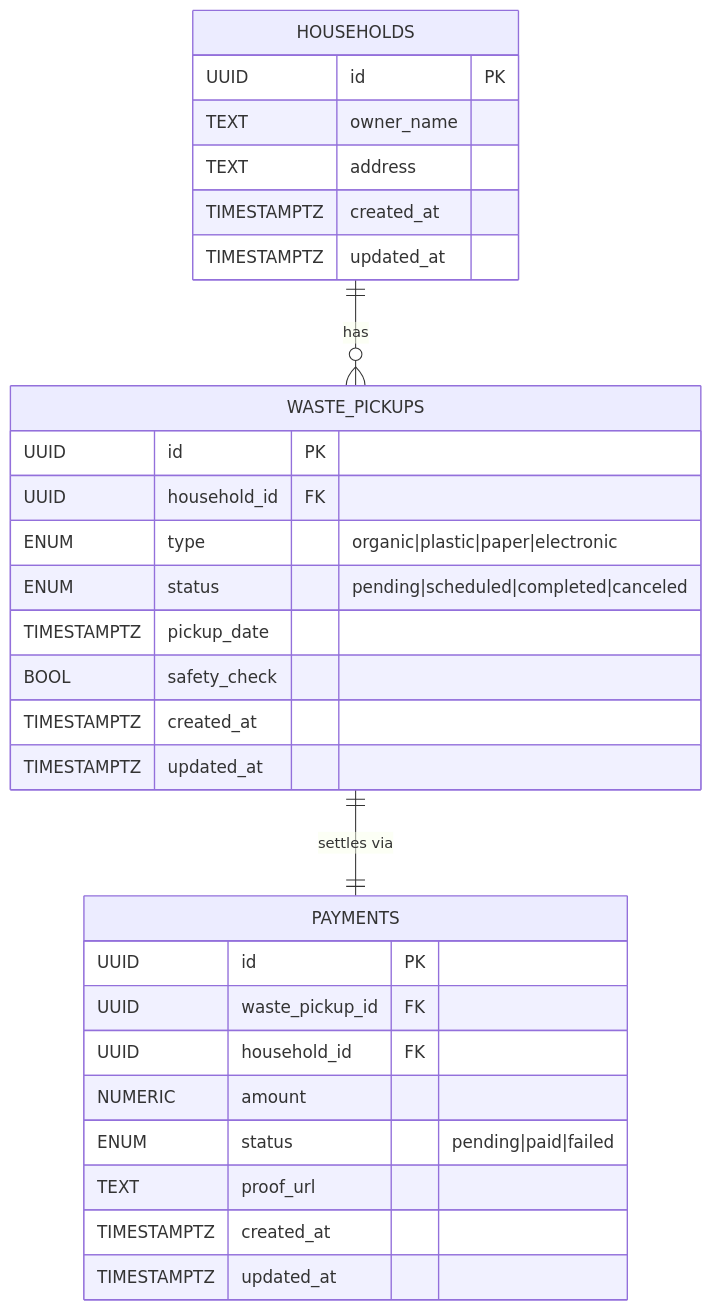
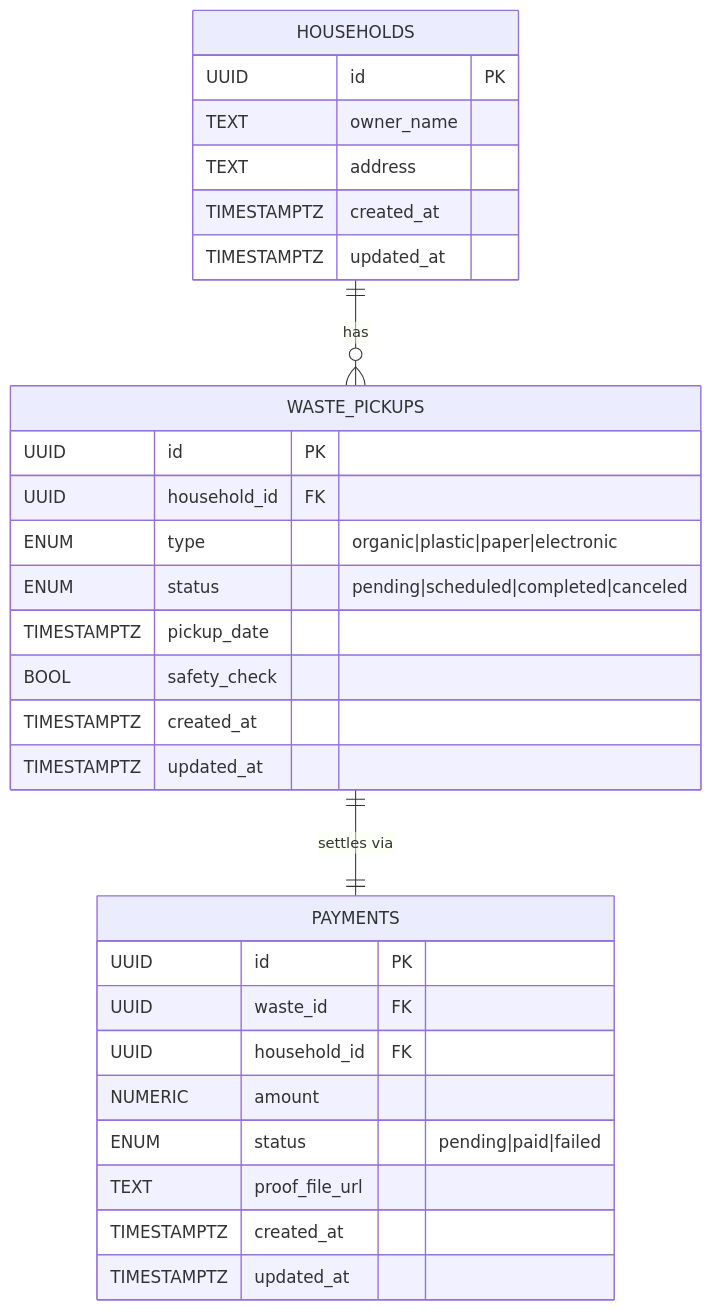
One commit to fairyhunter13/community-waste-collection-system changed the first of 2 diagrams in README.md. Above: the diagram before and after it, drawn with Mermaid. The commit also changed other lines of this file, not shown here.

First line of the commit message:
fix(docs): repair README mermaid diagrams and correct ER field names

````diff
--- a/README.md
+++ b/README.md
@@ -335,35 +335,35 @@
 ```mermaid
 erDiagram
     HOUSEHOLDS ||--o{ WASTE_PICKUPS : has
     WASTE_PICKUPS ||--|| PAYMENTS : "settles via"
 
     HOUSEHOLDS {
         UUID        id          PK
         TEXT        owner_name
         TEXT        address
         TIMESTAMPTZ created_at
         TIMESTAMPTZ updated_at
     }
 
     WASTE_PICKUPS {
         UUID        id              PK
         UUID        household_id    FK
         ENUM        type            "organic|plastic|paper|electronic"
         ENUM        status          "pending|scheduled|completed|canceled"
         TIMESTAMPTZ pickup_date
         BOOL        safety_check
         TIMESTAMPTZ created_at
         TIMESTAMPTZ updated_at
     }
 
     PAYMENTS {
         UUID        id              PK
-        UUID        waste_pickup_id FK
+        UUID        waste_id        FK
         UUID        household_id    FK
         NUMERIC     amount
         ENUM        status          "pending|paid|failed"
-        TEXT        proof_url
+        TEXT        proof_file_url
         TIMESTAMPTZ created_at
         TIMESTAMPTZ updated_at
     }
 ```
````
